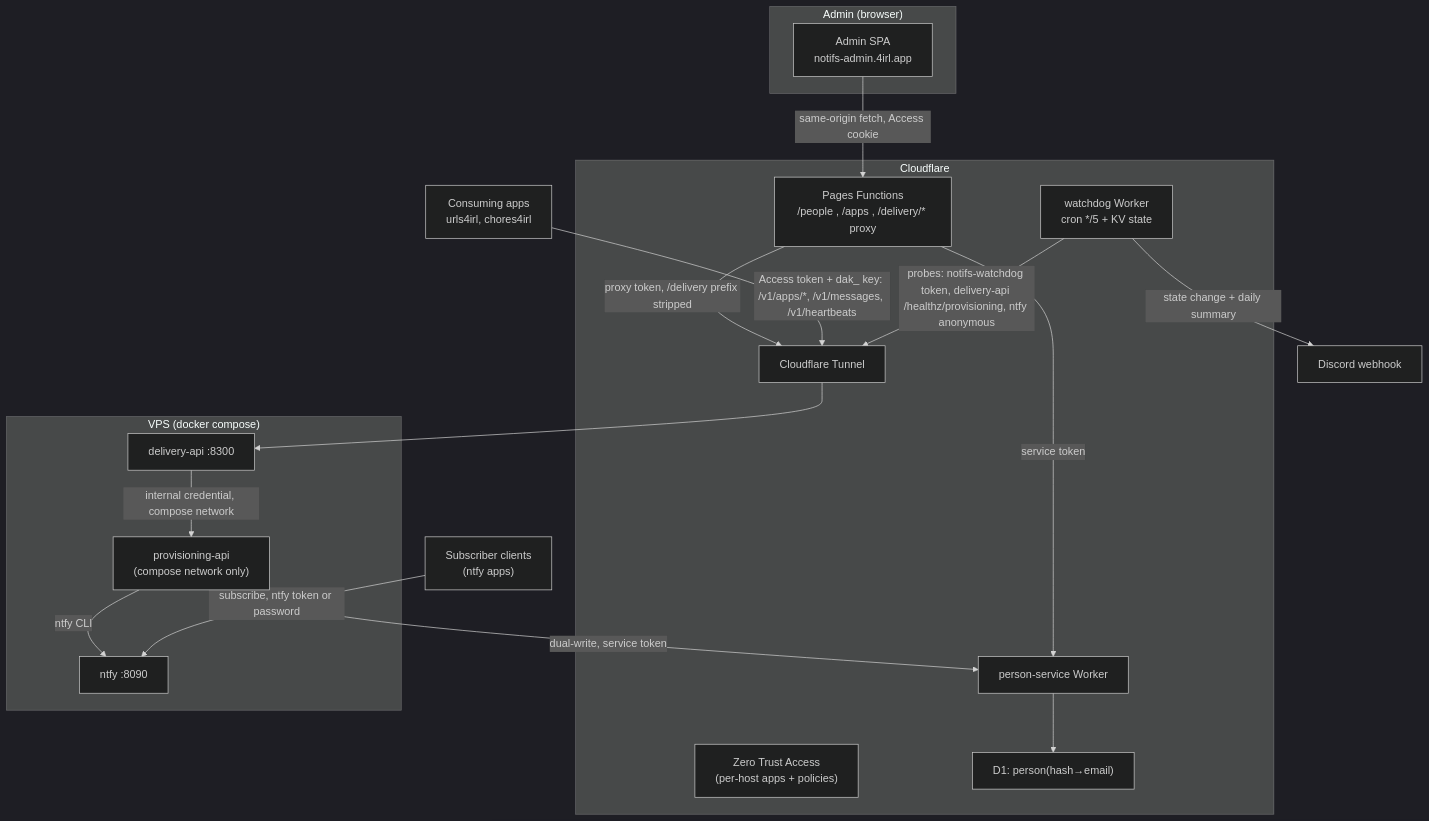
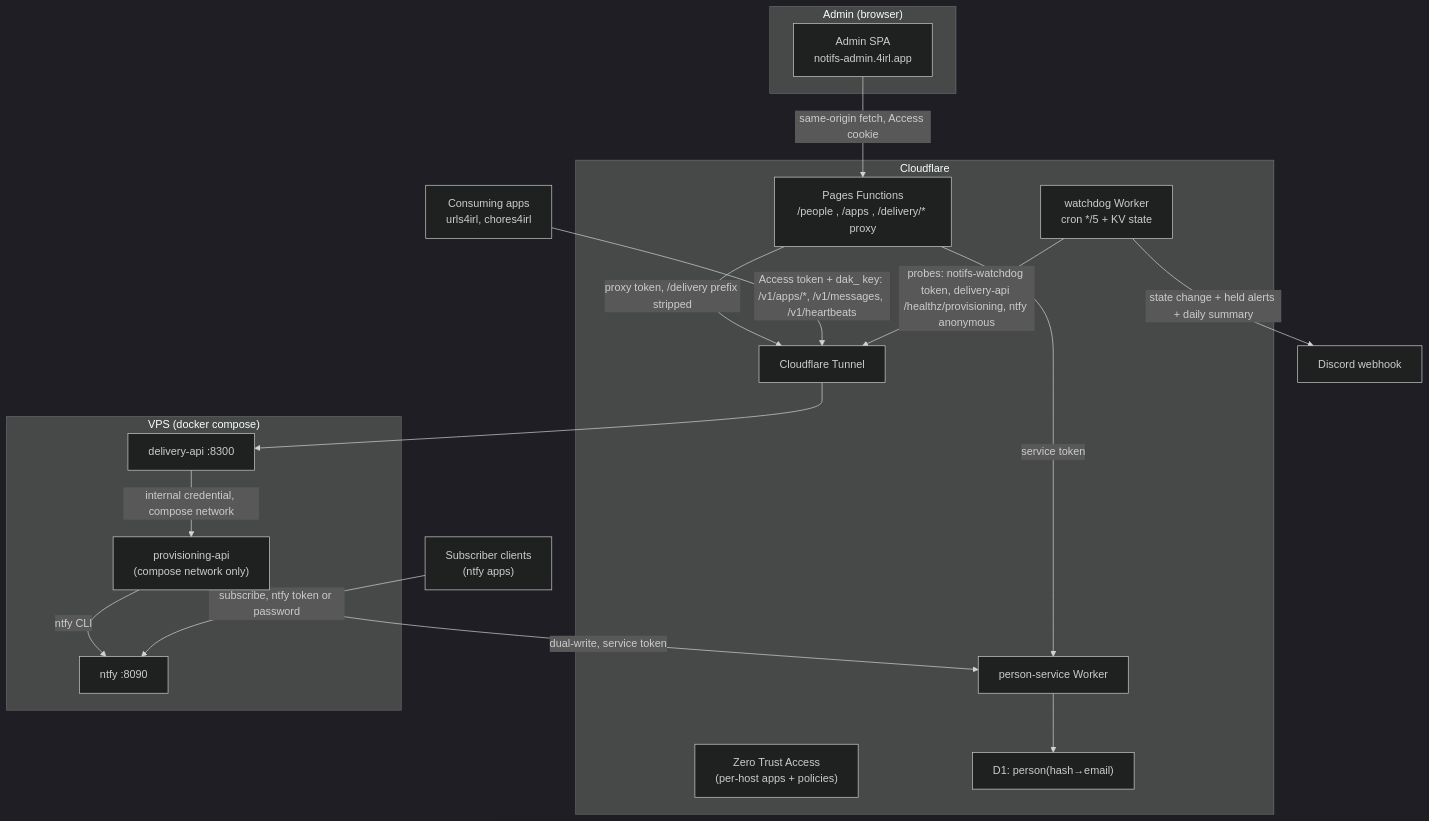
One commit to 4IRL/4irl-notifs changed the first of 4 diagrams in ARCHITECTURE.md. Above: the diagram before and after it, drawn with Mermaid (dark theme). The commit also changed other lines of this file and 12 other files, not shown here.

Commit message:
[watchdog] Held-message alerts (hold-and-release P5) (#217)

````diff
--- a/ARCHITECTURE.md
+++ b/ARCHITECTURE.md
@@ -463,32 +463,32 @@
 ```mermaid
 graph TD
   subgraph Browser["Admin (browser)"]
     SPA["Admin SPA<br/>notifs-admin.4irl.app"]
   end
   subgraph CF["Cloudflare"]
     ACC["Zero Trust Access<br/>(per-host apps + policies)"]
     FN["Pages Functions<br/>/people , /apps , /delivery/* proxy"]
     WORKER["person-service Worker"]
     D1["D1: person(hash→email)"]
     TUN["Cloudflare Tunnel"]
     WD["watchdog Worker<br/>cron */5 + KV state"]
   end
   subgraph VPS["VPS (docker compose)"]
     API["provisioning-api<br/>(compose network only)"]
     NTFY["ntfy :8090"]
     DLV["delivery-api :8300"]
   end
   APPS["Consuming apps<br/>urls4irl, chores4irl"]
   CLIENTS["Subscriber clients<br/>(ntfy apps)"]
 
   SPA -->|same-origin fetch, Access cookie| FN
   FN -->|"proxy token, /delivery prefix stripped"| TUN --> DLV
   FN -->|service token| WORKER --> D1
   DLV -->|internal credential, compose network| API
   API -->|ntfy CLI| NTFY
   API -->|dual-write, service token| WORKER
   APPS -->|"Access token + dak_ key: /v1/apps/*, /v1/messages, /v1/heartbeats"| TUN
   CLIENTS -->|subscribe, ntfy token or password| NTFY
   WD -->|"probes: notifs-watchdog token, delivery-api /healthz/provisioning, ntfy anonymous"| TUN
-  WD -->|state change + daily summary| DISCORD["Discord webhook"]
+  WD -->|state change + held alerts + daily summary| DISCORD["Discord webhook"]
 ```
````
